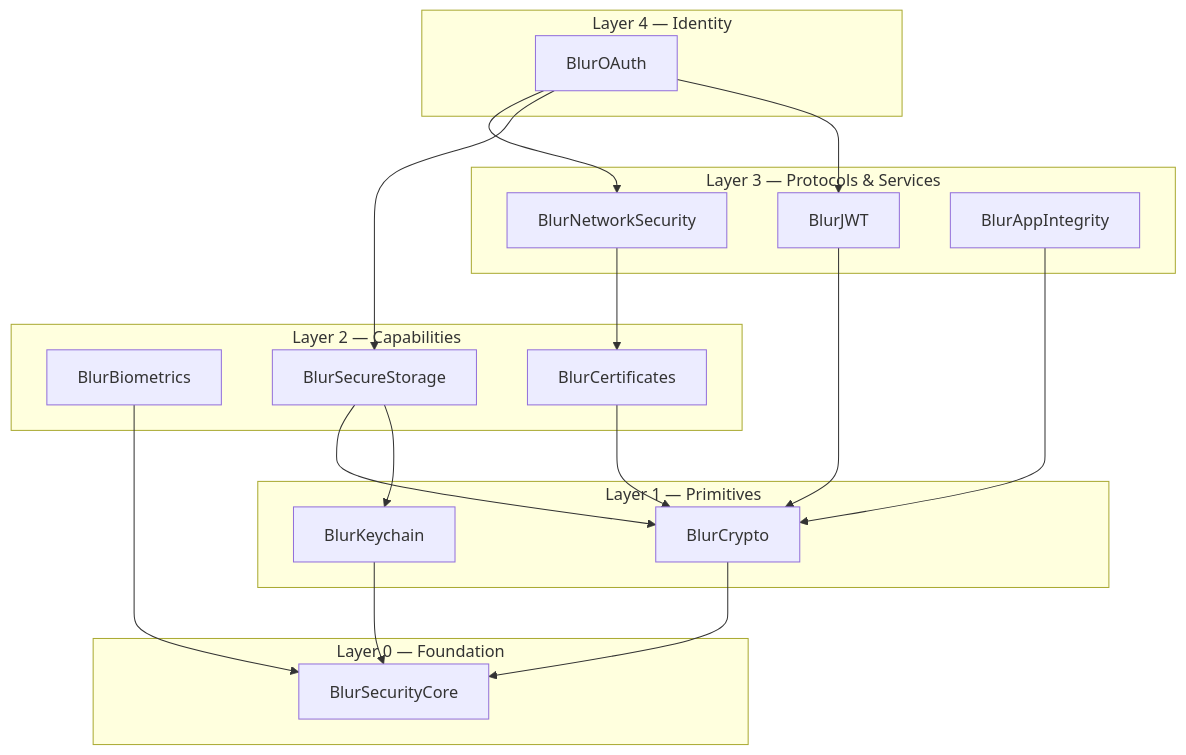
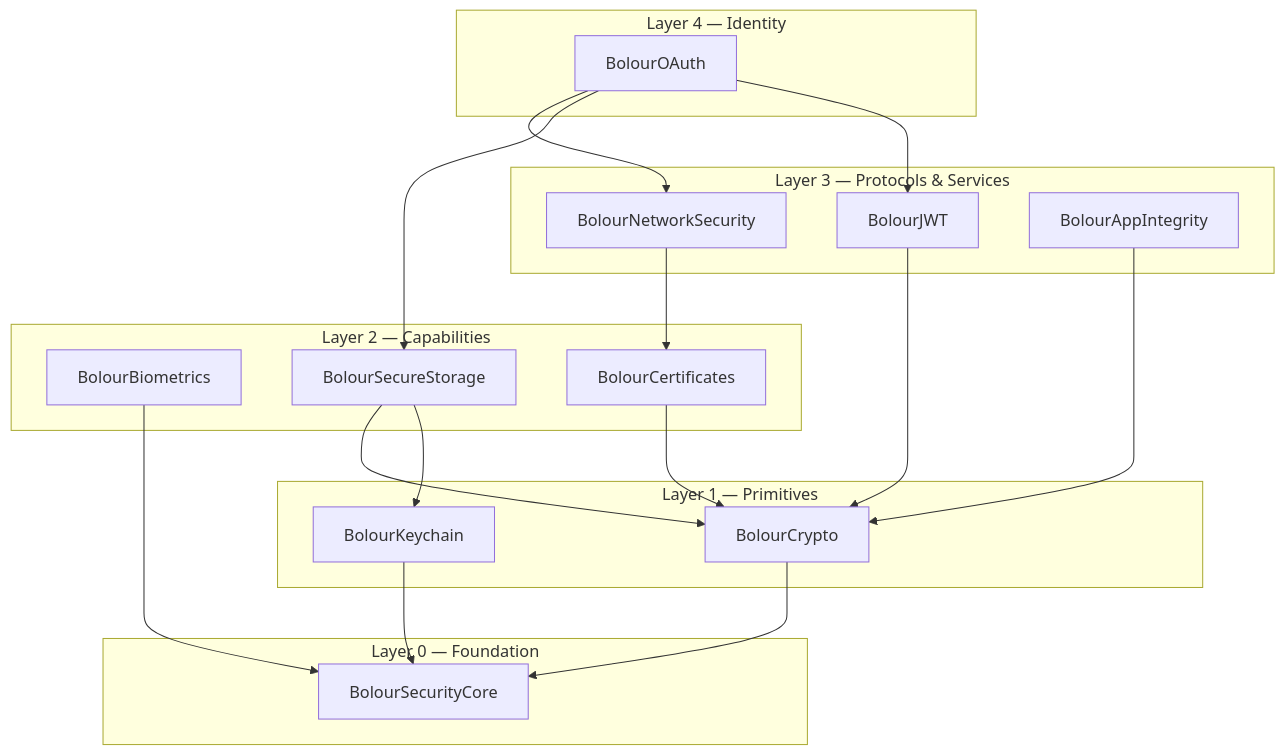
The diagram in docs/Architecture.md (ariabolour/BolourSecurity), drawn with Mermaid before and after one commit. The commit also changed other lines of this file and 355 other files, not shown here.

````diff
--- a/docs/Architecture.md
+++ b/docs/Architecture.md
@@ -9,36 +9,36 @@
 ```mermaid
 graph TD
     subgraph "Layer 4 — Identity"
-        OAuth[BlurOAuth]
+        OAuth[BolourOAuth]
     end
     subgraph "Layer 3 — Protocols & Services"
-        Net[BlurNetworkSecurity]
-        JWT[BlurJWT]
-        Integrity[BlurAppIntegrity]
+        Net[BolourNetworkSecurity]
+        JWT[BolourJWT]
+        Integrity[BolourAppIntegrity]
     end
     subgraph "Layer 2 — Capabilities"
-        Bio[BlurBiometrics]
-        Certs[BlurCertificates]
-        Storage[BlurSecureStorage]
+        Bio[BolourBiometrics]
+        Certs[BolourCertificates]
+        Storage[BolourSecureStorage]
     end
     subgraph "Layer 1 — Primitives"
-        Crypto[BlurCrypto]
-        Keychain[BlurKeychain]
+        Crypto[BolourCrypto]
+        Keychain[BolourKeychain]
     end
     subgraph "Layer 0 — Foundation"
-        Core[BlurSecurityCore]
+        Core[BolourSecurityCore]
     end
 
     OAuth --> JWT
     OAuth --> Storage
     OAuth --> Net
     Net --> Certs
     JWT --> Crypto
     Integrity --> Crypto
     Bio --> Core
     Certs --> Crypto
     Storage --> Keychain
     Storage --> Crypto
     Keychain --> Core
     Crypto --> Core
 ```
````
